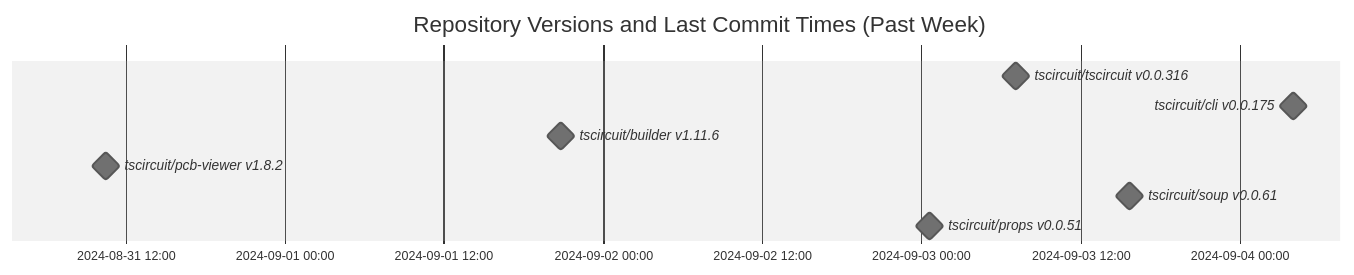
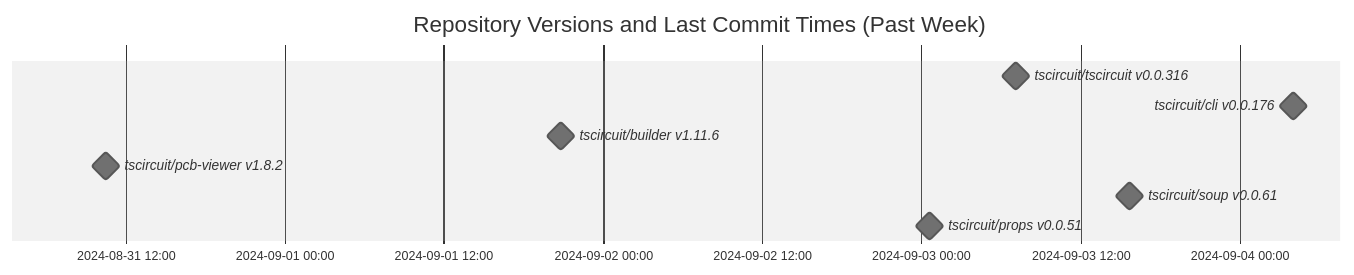
One commit to tscircuit/version-tracker changed the diagram in README.md. Above: the diagram before and after it, drawn with Mermaid (neutral theme).

Commit message:
Update chart

````diff
--- a/README.md
+++ b/README.md
@@ -1,13 +1,13 @@
 ```mermaid
 gantt
   dateFormat  YYYY-MM-DD HH:mm:ss
   title Repository Versions and Last Commit Times (Past Week)
   axisFormat %Y-%m-%d %H:%M
 
   tscircuit/tscircuit v0.0.316 : milestone, 2024-09-03 07:07:11, 1s
-  tscircuit/cli v0.0.175 : milestone, 2024-09-04 04:03:06, 1s
+  tscircuit/cli v0.0.176 : milestone, 2024-09-04 04:03:50, 1s
   tscircuit/builder v1.11.6 : milestone, 2024-09-01 20:47:46, 1s
   tscircuit/pcb-viewer v1.8.2 : milestone, 2024-08-31 10:30:56, 1s
   tscircuit/soup v0.0.61 : milestone, 2024-09-03 15:44:43, 1s
   tscircuit/props v0.0.51 : milestone, 2024-09-03 00:38:45, 1s
 ```
````
